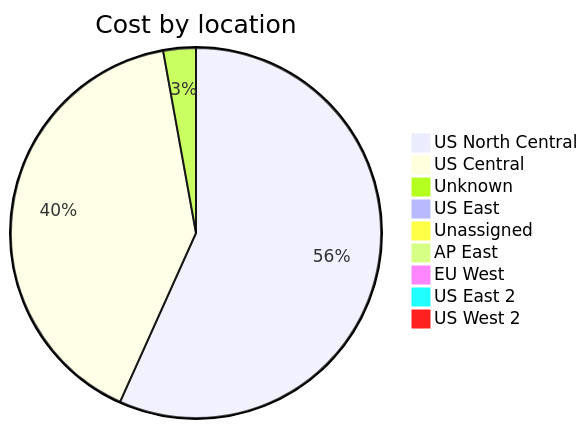
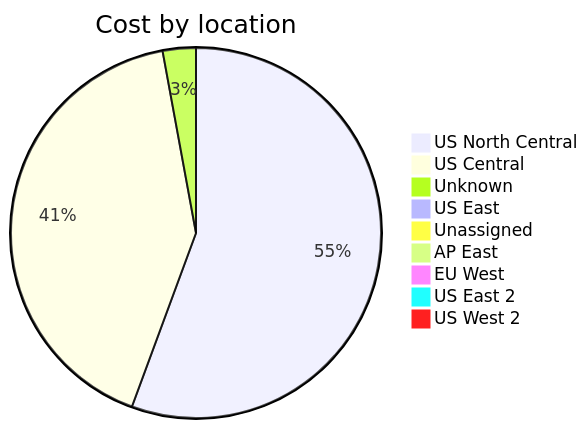
One commit to jpfulton/azure-personal-reports changed the third of 4 diagrams in cost-reports/accumulated-cost.md. Above: the diagram before and after it, drawn with Mermaid. The commit also changed other lines of this file and 4 other files, not shown here.

````diff
--- a/cost-reports/accumulated-cost.md
+++ b/cost-reports/accumulated-cost.md
@@ -131,13 +131,13 @@
 ```mermaid
 pie
    title Cost by location
    "US North Central" : 15.77
-   "US Central" : 11.24
-   "Unknown" : 0.79
-   "US East" : 0.18
+   "US Central" : 11.76
+   "Unknown" : 0.82
+   "US East" : 0.19
    "Unassigned" : 0.10
    "AP East" : 0.00
    "EU West" : 0.00
    "US East 2" : 0.00
    "US West 2" : 0.00
 ```
````
